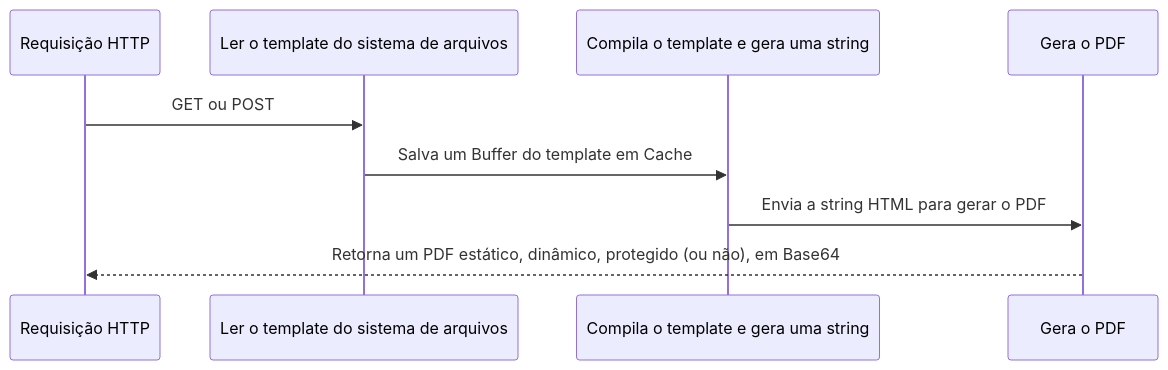
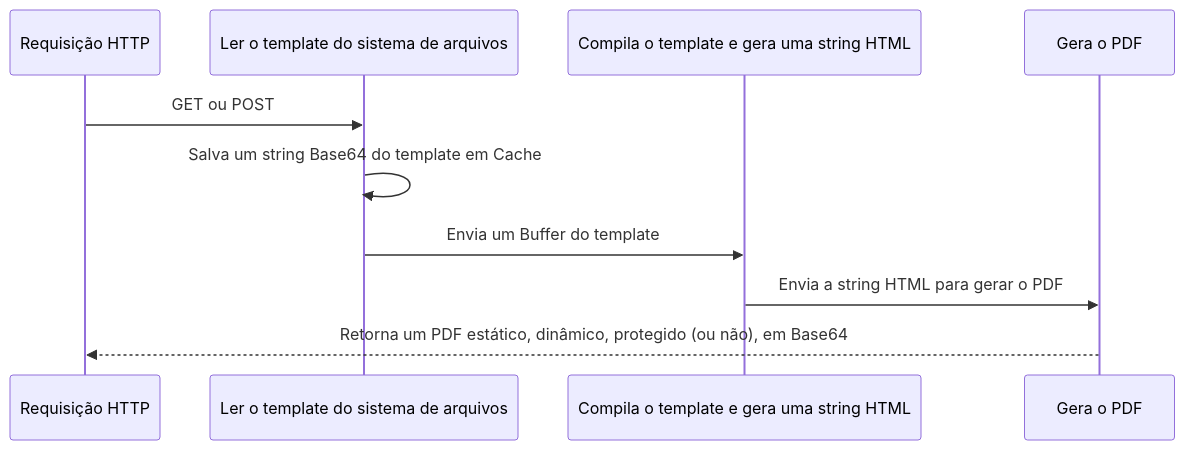
The diagram in README.md (IglanCardeal/generate-and-encrypt-pdf), drawn with Mermaid before and after one commit.

Commit message:
docs: fix diagrams descriptions

````diff
--- a/README.md
+++ b/README.md
@@ -109,12 +109,13 @@
 ```mermaid
 sequenceDiagram
     participant Requisição HTTP
     participant Ler o template do sistema de arquivos
-    participant Compila o template e gera uma string
+    participant Compila o template e gera uma string HTML
     participant Gera o PDF
 
     Requisição HTTP->>Ler o template do sistema de arquivos: GET ou POST
-    Ler o template do sistema de arquivos->>Compila o template e gera uma string: Salva um Buffer do template em Cache
-    Compila o template e gera uma string->>Gera o PDF: Envia a string HTML para gerar o PDF
+    Ler o template do sistema de arquivos->>Ler o template do sistema de arquivos: Salva um string Base64 do template em Cache
+    Ler o template do sistema de arquivos->>Compila o template e gera uma string HTML: Envia um Buffer do template
+    Compila o template e gera uma string HTML->>Gera o PDF: Envia a string HTML para gerar o PDF
     Gera o PDF-->>Requisição HTTP: Retorna um PDF estático, dinâmico, protegido (ou não), em Base64
 ```
````
